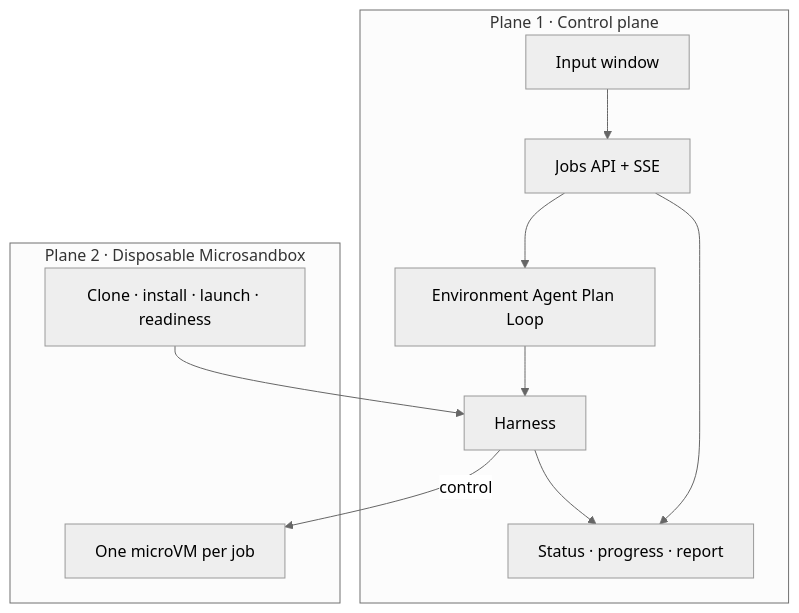
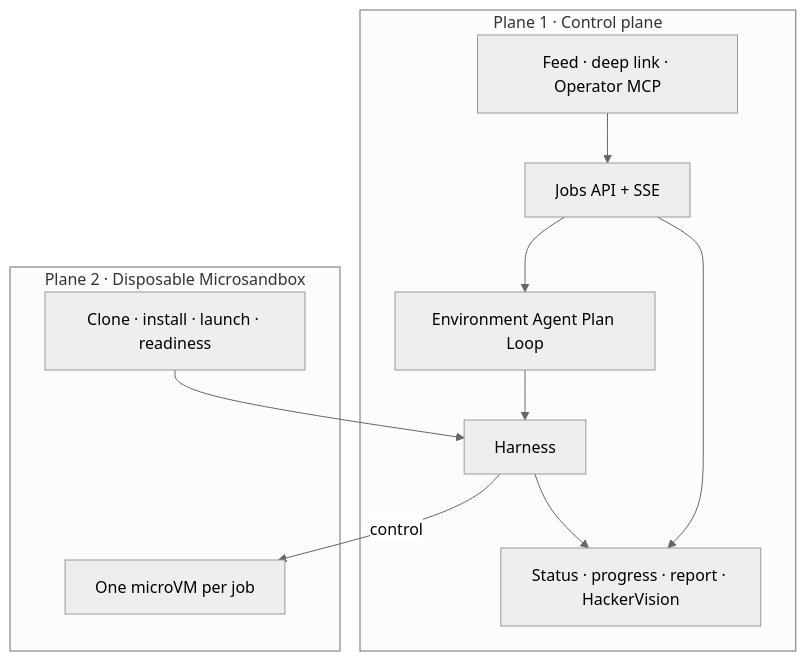
The first of 7 diagrams in ARCHITECTURE.md (ludvigodin/killhub), drawn with Mermaid (neutral theme) before and after one commit. The commit also changed other lines of this file, not shown here.

First line of the commit message:
Update ARCHITECTURE.md for clarity and consistency

````diff
--- a/ARCHITECTURE.md
+++ b/ARCHITECTURE.md
@@ -36,23 +36,23 @@
 ```mermaid
 flowchart TB
   subgraph plane1 ["Plane 1 · Control plane"]
-    Input["Input window"]
+    Input["Feed · deep link · Operator MCP"]
     Jobs["Jobs API + SSE"]
     Loop["Environment Agent Plan Loop"]
     Harness["Harness"]
-    Status["Status · progress · report"]
+    Status["Status · progress · report · HackerVision"]
   end
 
   subgraph plane2 ["Plane 2 · Disposable Microsandbox"]
     VM["One microVM per job"]
     Run["Clone · install · launch · readiness"]
   end
 
   Input --> Jobs
   Jobs --> Loop
   Loop --> Harness
   Harness -->|"control"| VM
   Run --> Harness
   Harness --> Status
   Jobs --> Status
 ```
````
